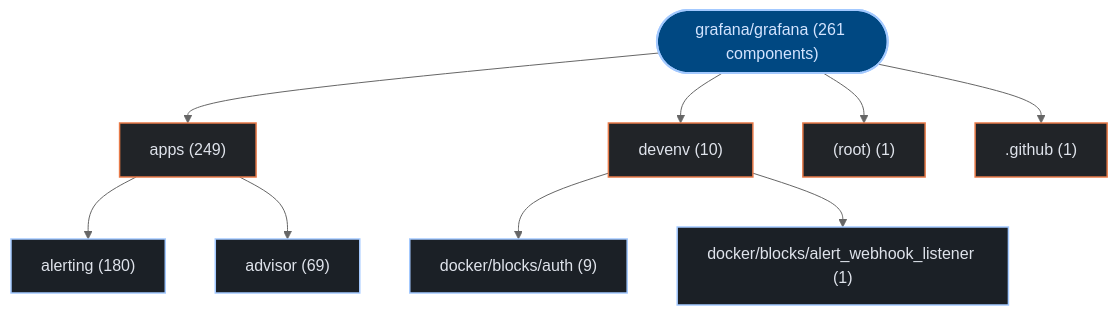
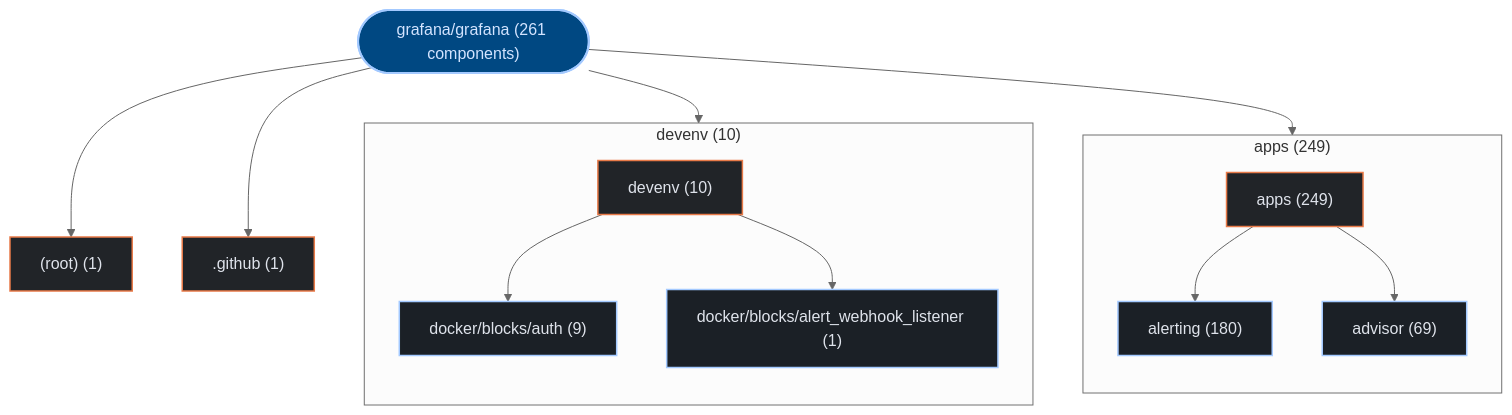
The first of 3 diagrams in exports/latest/reports/grafana-grafana-report.md (kumarshaz/atruss-code-atlas), drawn with Mermaid (neutral theme) before and after one commit. The commit also changed 178 other files, not shown here.

Commit message:
feat(ui,mermaid): upgrade to mermaid v12 + ELK layout, add orgs-summary + pagination, subgraph building blocks, fix tab alignment

````diff
--- a/exports/latest/reports/grafana-grafana-report.md
+++ b/exports/latest/reports/grafana-grafana-report.md
@@ -42,27 +42,33 @@
 ```mermaid
 graph TD;
   classDef atlasRoot fill:#004882,stroke:#a3c9ff,stroke-width:2px,color:#d3e4ff
   classDef atlasCategory fill:#212428,stroke:#E87A48,stroke-width:1.5px,color:#dfe3eb
   classDef atlasWorkflow fill:#1b2026,stroke:#a3c9ff,stroke-width:1.5px,color:#dfe3eb
   classDef atlasJob fill:#171c22,stroke:#8d9199,stroke-width:1px,color:#dfe3eb
   classDef atlasTarget fill:#005227,stroke:#8bd99b,stroke-width:1.5px,color:#a7f6b6
   classDef atlasAlert fill:#93000a,stroke:#ffb4ab,stroke-width:1.5px,color:#ffdad6
   classDef atlasMore fill:#252a31,stroke:#8d9199,stroke-dasharray:4 4,color:#c3c6cf
     repo_root(["grafana/grafana (261 components)"]):::atlasRoot
-    dir_0_apps["apps (249)"]:::atlasCategory
+    subgraph sg_dir_0_apps["apps (249)"]
+      direction TB
+      dir_0_apps["apps (249)"]:::atlasCategory
+      sub_0_0_alerting["alerting (180)"]:::atlasWorkflow
+      dir_0_apps --> sub_0_0_alerting
+      sub_0_1_advisor["advisor (69)"]:::atlasWorkflow
+      dir_0_apps --> sub_0_1_advisor
+    end
     repo_root --> dir_0_apps
-    sub_0_0_alerting["alerting (180)"]:::atlasWorkflow
-    dir_0_apps --> sub_0_0_alerting
-    sub_0_1_advisor["advisor (69)"]:::atlasWorkflow
-    dir_0_apps --> sub_0_1_advisor
-    dir_1_devenv["devenv (10)"]:::atlasCategory
+    subgraph sg_dir_1_devenv["devenv (10)"]
+      direction TB
+      dir_1_devenv["devenv (10)"]:::atlasCategory
+      sub_1_0_docker_blocks_auth["docker/blocks/auth (9)"]:::atlasWorkflow
+      dir_1_devenv --> sub_1_0_docker_blocks_auth
+      sub_1_1_docker_blocks_alert_webhook_listener["docker/blocks/alert_webhook_listener (1)"]:::atlasWorkflow
+      dir_1_devenv --> sub_1_1_docker_blocks_alert_webhook_listener
+    end
     repo_root --> dir_1_devenv
-    sub_1_0_docker_blocks_auth["docker/blocks/auth (9)"]:::atlasWorkflow
-    dir_1_devenv --> sub_1_0_docker_blocks_auth
-    sub_1_1_docker_blocks_alert_webhook_listener["docker/blocks/alert_webhook_listener (1)"]:::atlasWorkflow
-    dir_1_devenv --> sub_1_1_docker_blocks_alert_webhook_listener
     dir_2__root_["(root) (1)"]:::atlasCategory
     repo_root --> dir_2__root_
     dir_3__github[".github (1)"]:::atlasCategory
     repo_root --> dir_3__github
 ```
````
